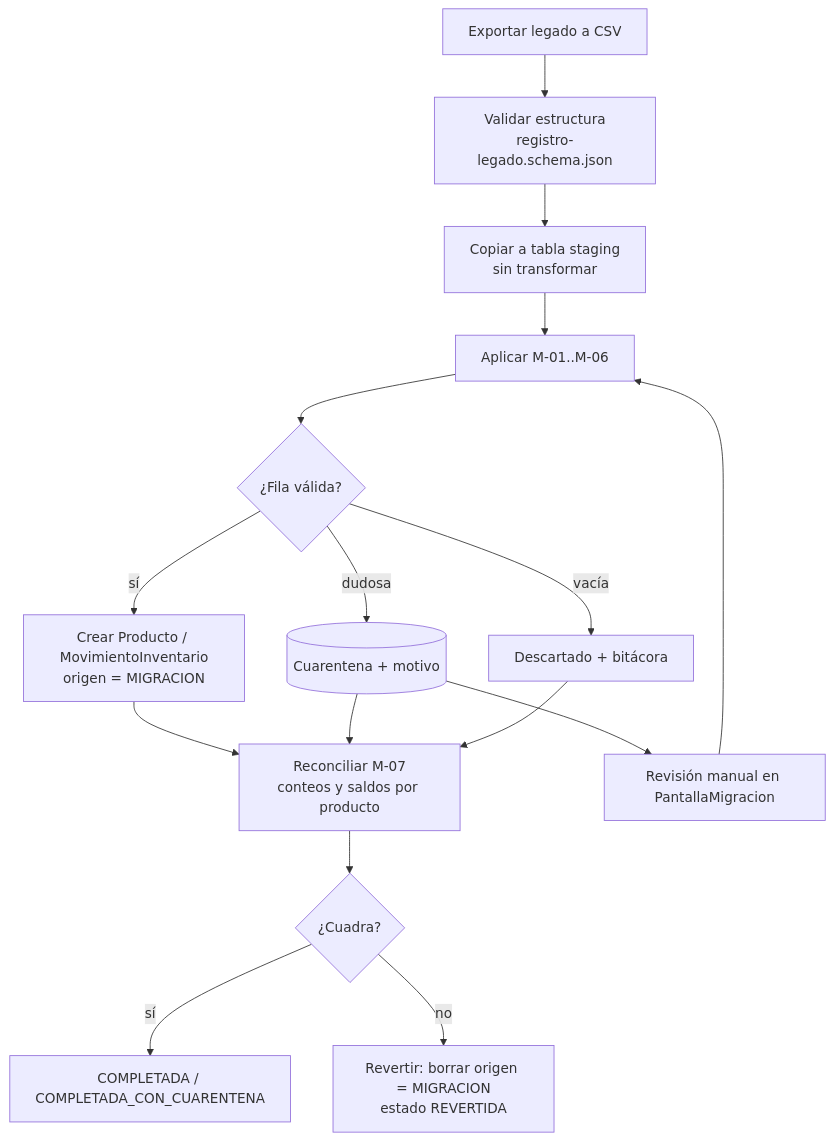
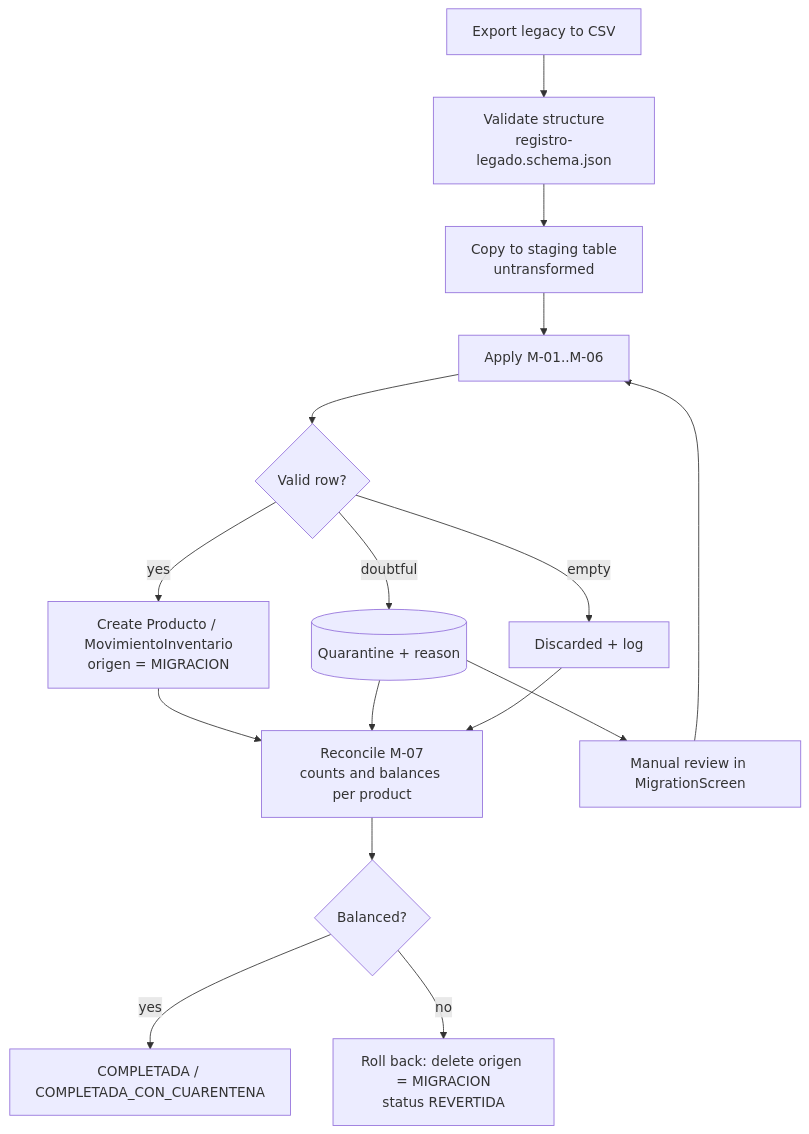
One commit to lourdesxiomara/MEDIOCURSO changed the diagram in specs/06-migracion/migracion.md. Above: the diagram before and after it, drawn with Mermaid. The commit also changed other lines of this file and 1 other file, not shown here.

First line of the commit message:
Migración del legado en inglés

````diff
--- a/specs/06-migracion/migracion.md
+++ b/specs/06-migracion/migracion.md
@@ -37,15 +37,15 @@
 ```mermaid
 flowchart TD
-  A[Exportar legado a CSV] --> B[Validar estructura<br/>registro-legado.schema.json]
-  B --> C[Copiar a tabla staging<br/>sin transformar]
-  C --> D[Aplicar M-01..M-06]
-  D --> E{¿Fila válida?}
-  E -- sí --> F[Crear Producto / MovimientoInventario<br/>origen = MIGRACION]
-  E -- dudosa --> G[(Cuarentena + motivo)]
-  E -- vacía --> H[Descartado + bitácora]
-  F & G & H --> I[Reconciliar M-07<br/>conteos y saldos por producto]
-  I --> J{¿Cuadra?}
-  J -- sí --> K[COMPLETADA / COMPLETADA_CON_CUARENTENA]
-  J -- no --> L[Revertir: borrar origen = MIGRACION<br/>estado REVERTIDA]
-  G --> M[Revisión manual en PantallaMigracion] --> D
+  A[Export legacy to CSV] --> B[Validate structure<br/>registro-legado.schema.json]
+  B --> C[Copy to staging table<br/>untransformed]
+  C --> D[Apply M-01..M-06]
+  D --> E{Valid row?}
+  E -- yes --> F[Create Producto / MovimientoInventario<br/>origen = MIGRACION]
+  E -- doubtful --> G[(Quarantine + reason)]
+  E -- empty --> H[Discarded + log]
+  F & G & H --> I[Reconcile M-07<br/>counts and balances per product]
+  I --> J{Balanced?}
+  J -- yes --> K[COMPLETADA / COMPLETADA_CON_CUARENTENA]
+  J -- no --> L[Roll back: delete origen = MIGRACION<br/>status REVERTIDA]
+  G --> M[Manual review in MigrationScreen] --> D
 ```
````
